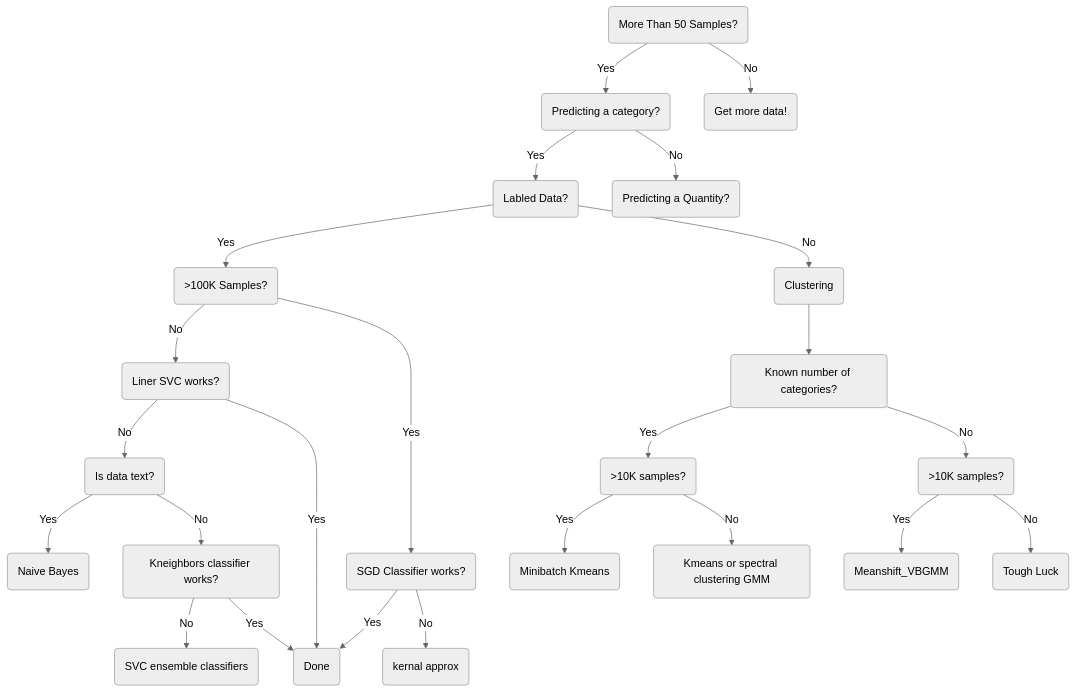
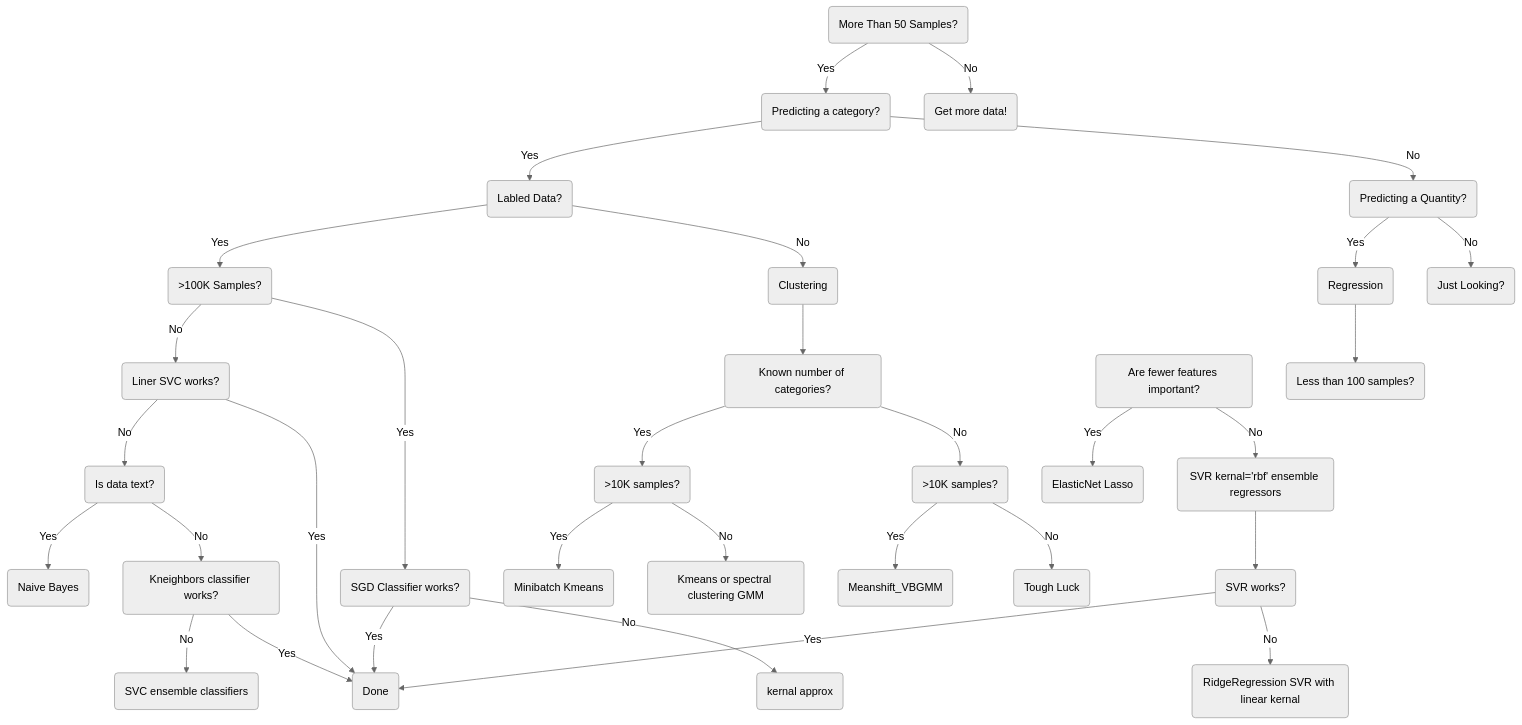
The diagram in ML_Cheatsheet.md (hwetsman/Public_Notes), drawn with Mermaid (neutral theme) before and after one commit. The commit also changed other lines of this file, not shown here.

````diff
--- a/ML_Cheatsheet.md
+++ b/ML_Cheatsheet.md
@@ -1,52 +1,68 @@
 ```mermaid
 flowchart TD
 id1(More Than 50 Samples?)
   id2(Predicting a category?)
     id1-->|Yes|id2
     id4(Labled Data?)
       id2-->|Yes|id4
       id6(>100K Samples?)
         id4-->|Yes|id6
         id14(Clustering)
         id15(Known number of categories?)
           id16(>10K samples?)
           id17(>10K samples?)
           id15-->|Yes|id16
             id20(Meanshift_VBGMM)
             id98(Tough Luck)
             id17-->|Yes|id20
             id17-->|No|id98
           id15-->|No|id17
             id18(Minibatch Kmeans)
             id19(Kmeans or spectral clustering GMM)
             id16-->|Yes|id18
             id16-->|No|id19
         id14-->id15
         id4-->|No|id14
         id7(Liner SVC works?)
         id6-->|No|id7
         id8(SGD Classifier works?)
           id8-->|Yes|id99
           id13(kernal approx)
           id8-->|No|id13
         id6-->|Yes|id8
           id9(Is data text?)
           id7-->|No|id9
             id10(Naive Bayes)
             id9-->|Yes|id10
             id11(Kneighbors classifier works?)
             id9-->|No|id11
               id12(SVC ensemble classifiers)
               id11-->|No|id12
               id99(Done)
                 id7-->|Yes|id99
               id11-->|Yes|id99
     id5(Predicting a Quantity?)
       id2-->|No|id5
+      id30(Regression)
+        id32(Less than 100 samples?)
+          id33(Are fewer features important?)
+            id34(ElasticNet Lasso)
+              id33-->|Yes|id34
+            id35(SVR kernal='rbf' ensemble regressors)
+              id33-->|No|id35
+            id36(SVR works?)
+              id35-->id36
+            id37(RidgeRegression SVR with linear kernal)
+              id36-->|Yes|id99
+              id36-->|No|id37
+      id31(Just Looking?)
+        id5-->|Yes|id30
+        id30-->id32
+        id5-->|No|id31
 
 
   id3(Get more data!)
     id1-->|No|id3
   
   
 ```
````
